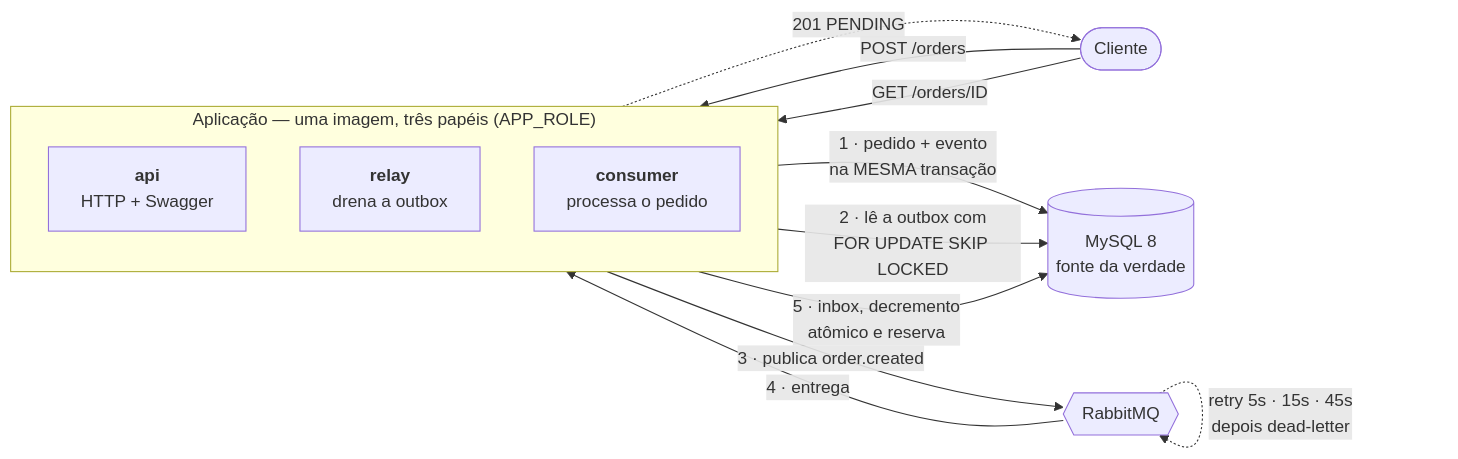
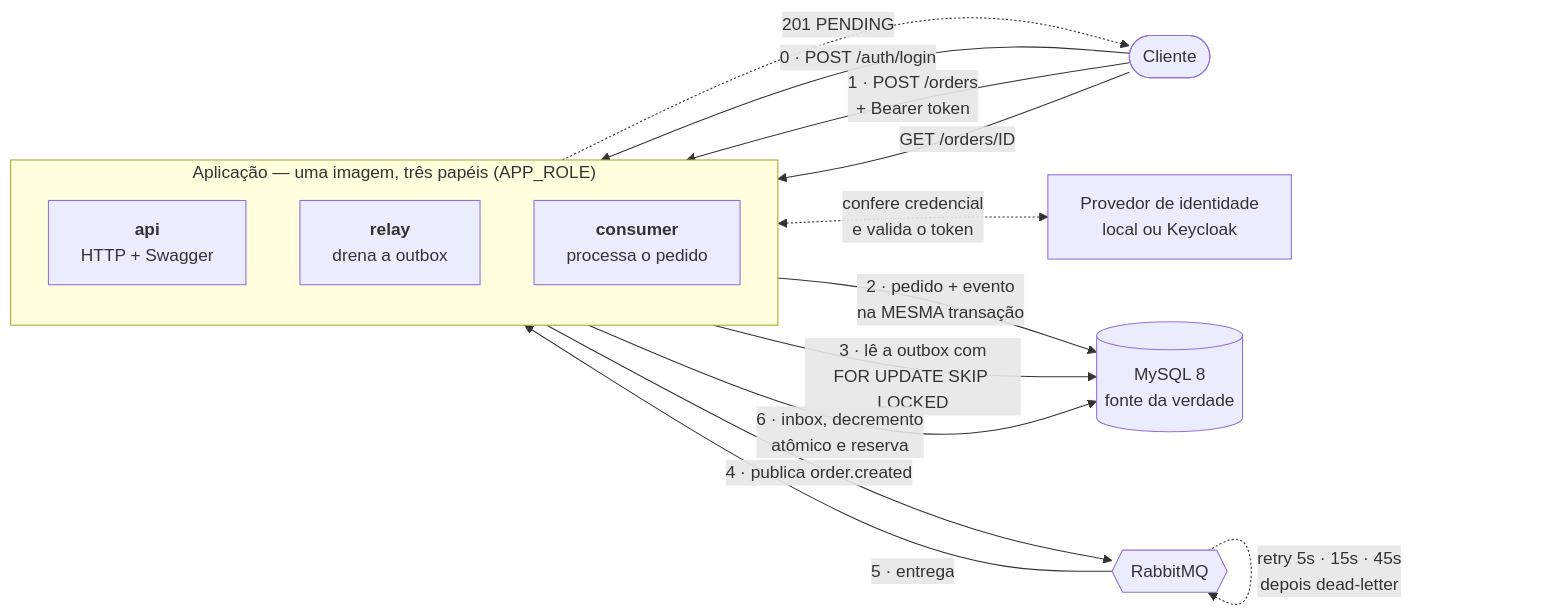
The first of 3 diagrams in README.md (AmiltonBrune/async-order-processor), drawn with Mermaid before and after one commit. The commit also changed other lines of this file and 3 other files, not shown here.

````diff
--- a/README.md
+++ b/README.md
@@ -14,26 +14,29 @@
 ```mermaid
 flowchart LR
     CLI(["Cliente"])
 
     subgraph APP["Aplicação — uma imagem, três papéis (APP_ROLE)"]
         direction TB
         API["<b>api</b><br/>HTTP + Swagger"]
         RELAY["<b>relay</b><br/>drena a outbox"]
         CONSUMER["<b>consumer</b><br/>processa o pedido"]
     end
 
+    IDP["Provedor de identidade<br/>local ou Keycloak"]
     DB[("MySQL 8<br/>fonte da verdade")]
     MQ{{"RabbitMQ"}}
 
-    CLI -->|"POST /orders"| API
-    API -->|"1 · pedido + evento<br/>na MESMA transação"| DB
+    CLI -->|"0 · POST /auth/login"| API
+    API <-.->|"confere credencial<br/>e valida o token"| IDP
+    CLI -->|"1 · POST /orders<br/>+ Bearer token"| API
+    API -->|"2 · pedido + evento<br/>na MESMA transação"| DB
     API -.->|"201 PENDING"| CLI
 
-    RELAY -->|"2 · lê a outbox com<br/>FOR UPDATE SKIP LOCKED"| DB
-    RELAY -->|"3 · publica order.created"| MQ
-    MQ -->|"4 · entrega"| CONSUMER
-    CONSUMER -->|"5 · inbox, decremento<br/>atômico e reserva"| DB
+    RELAY -->|"3 · lê a outbox com<br/>FOR UPDATE SKIP LOCKED"| DB
+    RELAY -->|"4 · publica order.created"| MQ
+    MQ -->|"5 · entrega"| CONSUMER
+    CONSUMER -->|"6 · inbox, decremento<br/>atômico e reserva"| DB
 
     MQ -.->|"retry 5s · 15s · 45s<br/>depois dead-letter"| MQ
     CLI -->|"GET /orders/ID"| API
 ```
````
